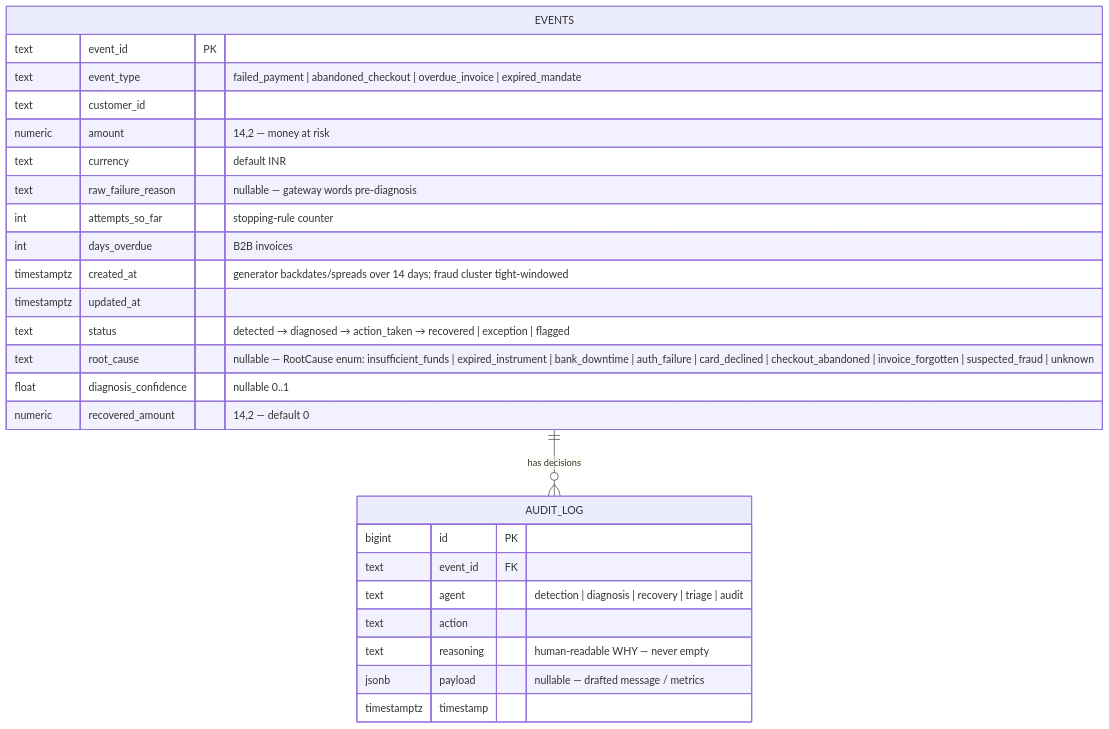
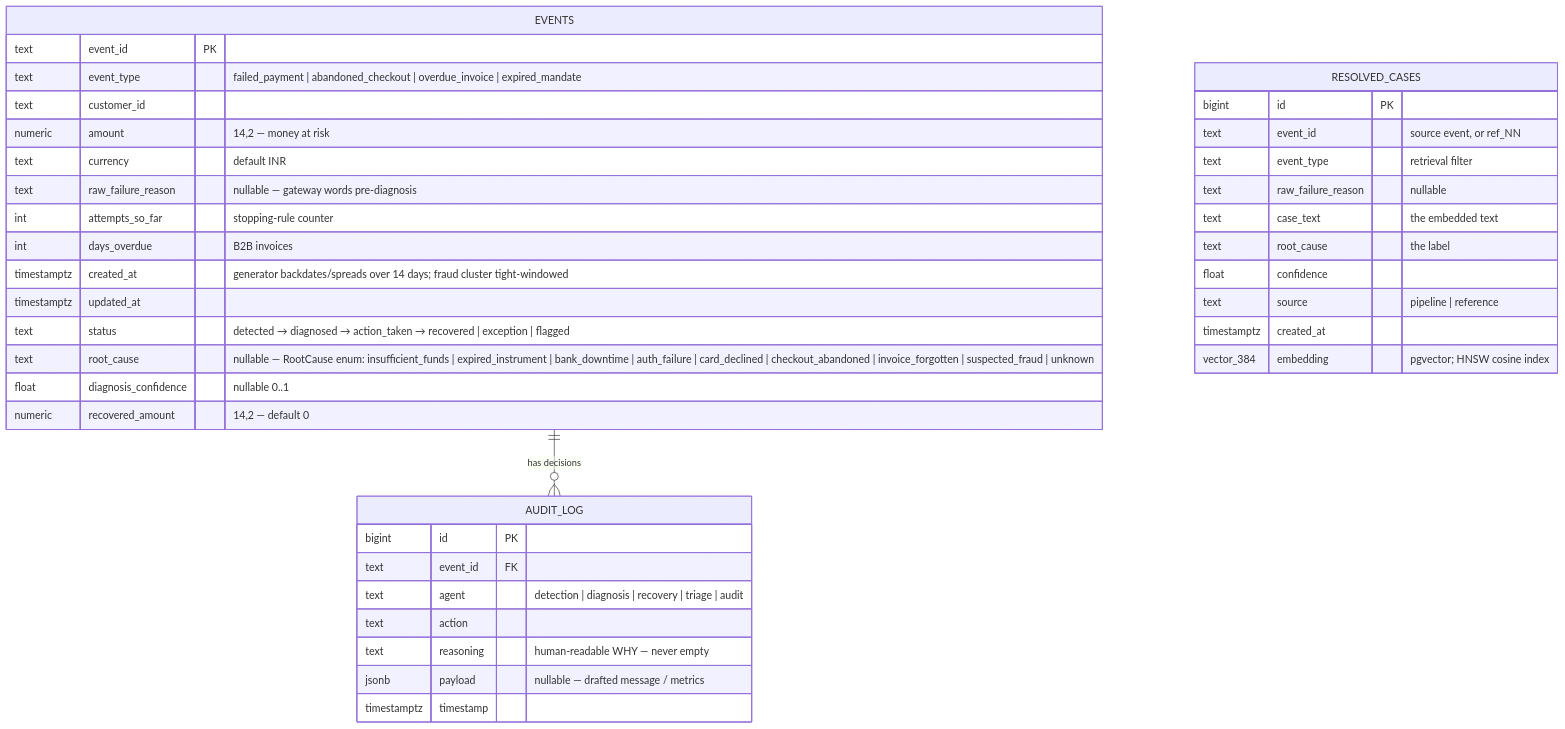
Before and after one commit to Skeletor-Pirate/AI-Revenue-Recovery: the third of 5 diagrams in architecture.md, drawn with Mermaid. The commit also changed other lines of this file and 6 other files, not shown here.

````diff
--- a/architecture.md
+++ b/architecture.md
@@ -114,31 +139,44 @@
 ```mermaid
 erDiagram
     EVENTS ||--o{ AUDIT_LOG : "has decisions"
 
     EVENTS {
         text        event_id PK
         text        event_type "failed_payment | abandoned_checkout | overdue_invoice | expired_mandate"
         text        customer_id
         numeric     amount "14,2 — money at risk"
         text        currency "default INR"
         text        raw_failure_reason "nullable — gateway words pre-diagnosis"
         int         attempts_so_far "stopping-rule counter"
         int         days_overdue "B2B invoices"
         timestamptz created_at "generator backdates/spreads over 14 days; fraud cluster tight-windowed"
         timestamptz updated_at
         text        status "detected → diagnosed → action_taken → recovered | exception | flagged"
         text        root_cause "nullable — RootCause enum: insufficient_funds | expired_instrument | bank_downtime | auth_failure | card_declined | checkout_abandoned | invoice_forgotten | suspected_fraud | unknown"
         float       diagnosis_confidence "nullable 0..1"
         numeric     recovered_amount "14,2 — default 0"
     }
 
     AUDIT_LOG {
         bigint      id PK
         text        event_id FK
         text        agent "detection | diagnosis | recovery | triage | audit"
         text        action
         text        reasoning "human-readable WHY — never empty"
         jsonb       payload "nullable — drafted message / metrics"
         timestamptz timestamp
     }
+
+    RESOLVED_CASES {
+        bigint       id PK
+        text         event_id "source event, or ref_NN"
+        text         event_type "retrieval filter"
+        text         raw_failure_reason "nullable"
+        text         case_text "the embedded text"
+        text         root_cause "the label"
+        float        confidence
+        text         source "pipeline | reference"
+        timestamptz  created_at
+        vector_384   embedding "pgvector; HNSW cosine index"
+    }
 ```
````
